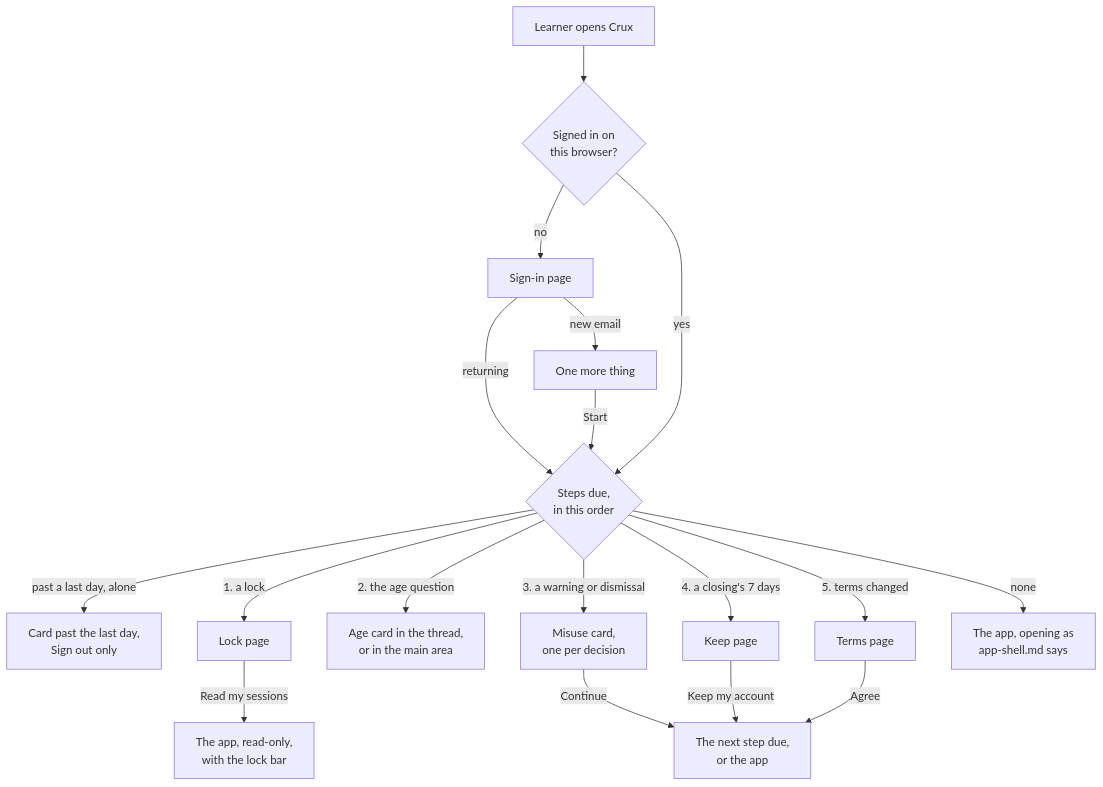
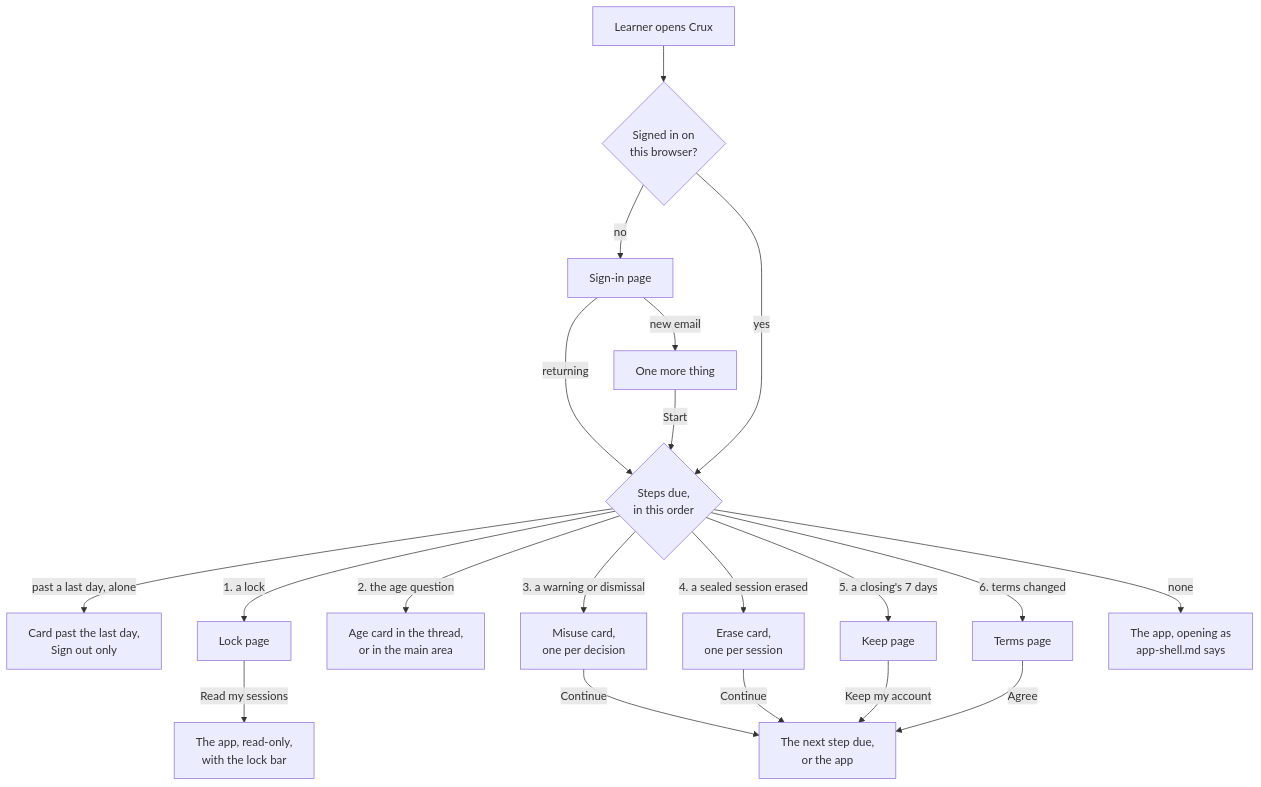
One commit to calmxz/Crux changed the diagram in docs/spec/account-screens.md. Above: the diagram before and after it, drawn with Mermaid. The commit also changed other lines of this file and 15 other files, not shown here.

````diff
--- a/docs/spec/account-screens.md
+++ b/docs/spec/account-screens.md
@@ -34,20 +34,22 @@
 ```mermaid
 flowchart TD
   open["Learner opens Crux"] --> signed{"Signed in on<br/>this browser?"}
   signed -->|no| signin["Sign-in page"]
   signin -->|"new email"| more["One more thing"]
   signin -->|"returning"| steps
   more -->|Start| steps
   signed -->|yes| steps{"Steps due,<br/>in this order"}
   steps -->|"past a last day, alone"| past["Card past the last day,<br/>Sign out only"]
   steps -->|"1. a lock"| lock["Lock page"]
   lock -->|"Read my sessions"| ro["The app, read-only,<br/>with the lock bar"]
   steps -->|"2. the age question"| age["Age card in the thread,<br/>or in the main area"]
   steps -->|"3. a warning or dismissal"| card["Misuse card,<br/>one per decision"]
-  steps -->|"4. a closing's 7 days"| keep["Keep page"]
-  steps -->|"5. terms changed"| terms["Terms page"]
+  steps -->|"4. a sealed session erased"| erase["Erase card,<br/>one per session"]
+  steps -->|"5. a closing's 7 days"| keep["Keep page"]
+  steps -->|"6. terms changed"| terms["Terms page"]
   card -->|Continue| next["The next step due,<br/>or the app"]
+  erase -->|Continue| next
   keep -->|"Keep my account"| next
   terms -->|Agree| next
   steps -->|none| app["The app, opening as<br/>app-shell.md says"]
 ```
````
